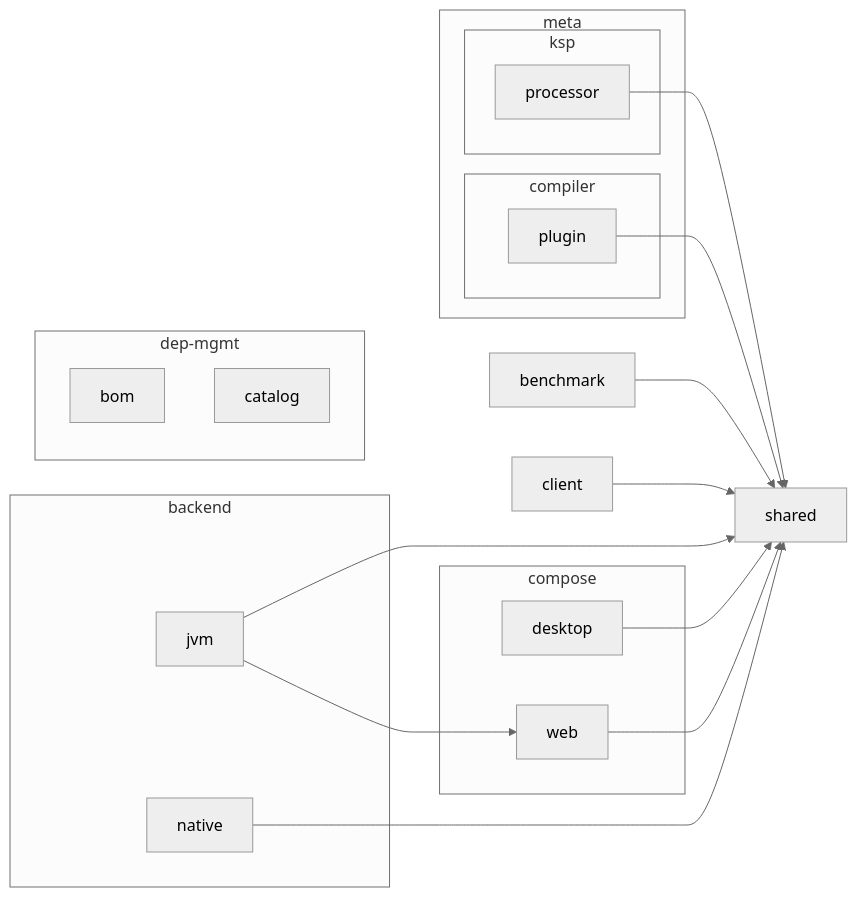
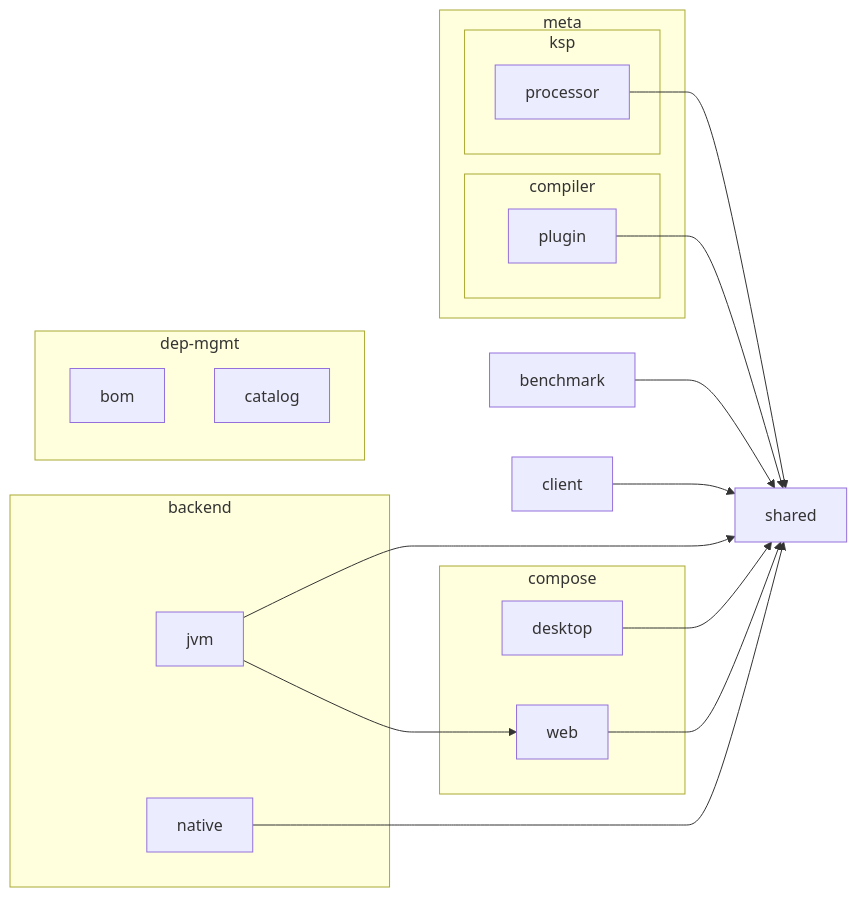
Before and after one commit to sureshg/kotlin-mpp-playground: the diagram in README.md, drawn with Mermaid.

Commit message:
chore: README changes

````diff
--- a/README.md
+++ b/README.md
@@ -159,41 +159,36 @@
 ```mermaid
-%%{
-  init: {
-    'theme': 'neutral'
-  }
-}%%
 graph LR
     subgraph backend
         jvm
         native
     end
     subgraph compose
         desktop
         web
     end
     subgraph dep-mgmt
         bom
         catalog
     end
     subgraph meta
         compiler
         ksp
     end
     subgraph compiler
         compiler
         plugin
     end
     subgraph ksp
         ksp
         processor
     end
     plugin --> shared
     benchmark --> shared
     web --> shared
     desktop --> shared
     client --> shared
     native --> shared
     processor --> shared
     jvm --> shared
     jvm --> web
 ```
````
